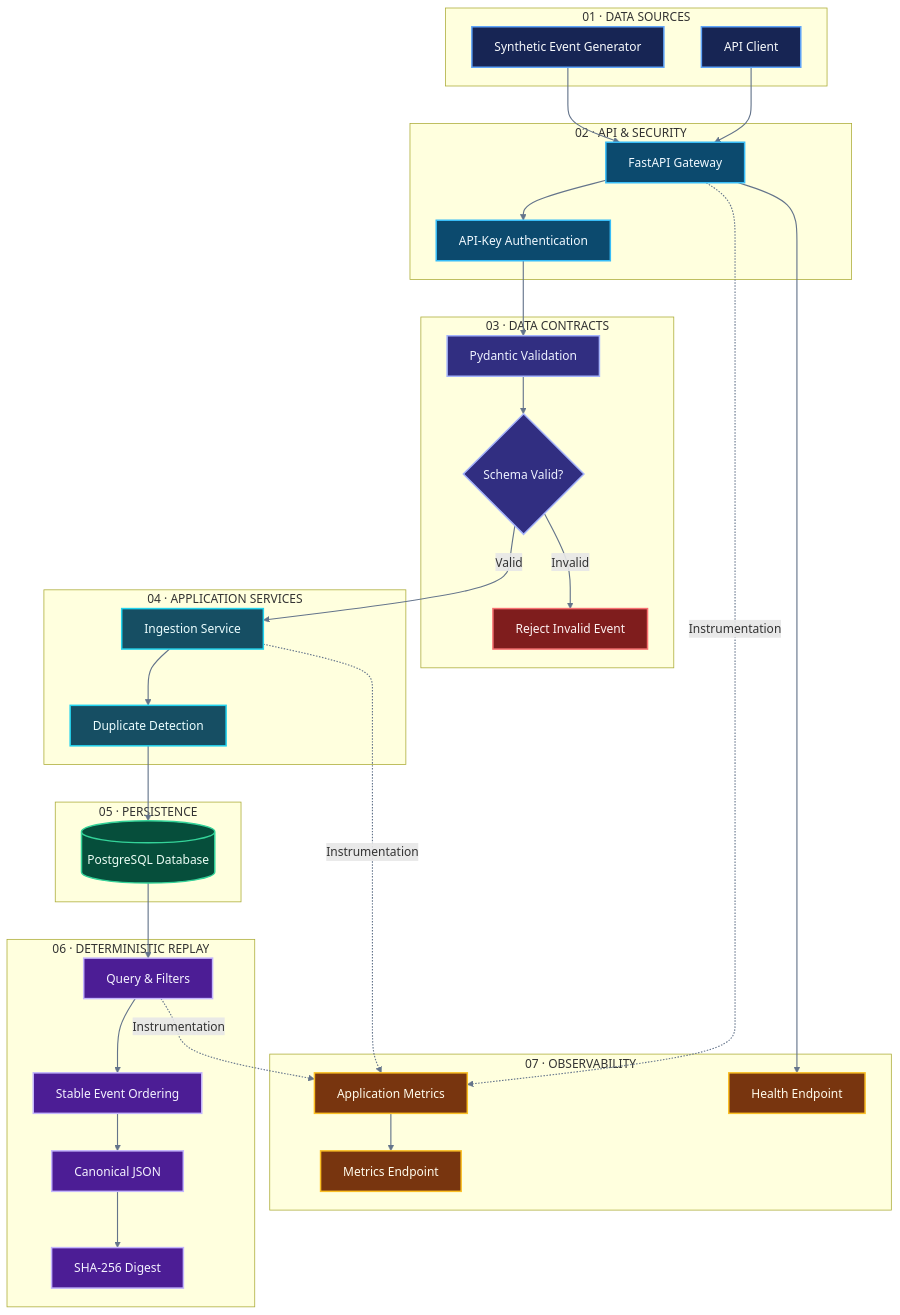
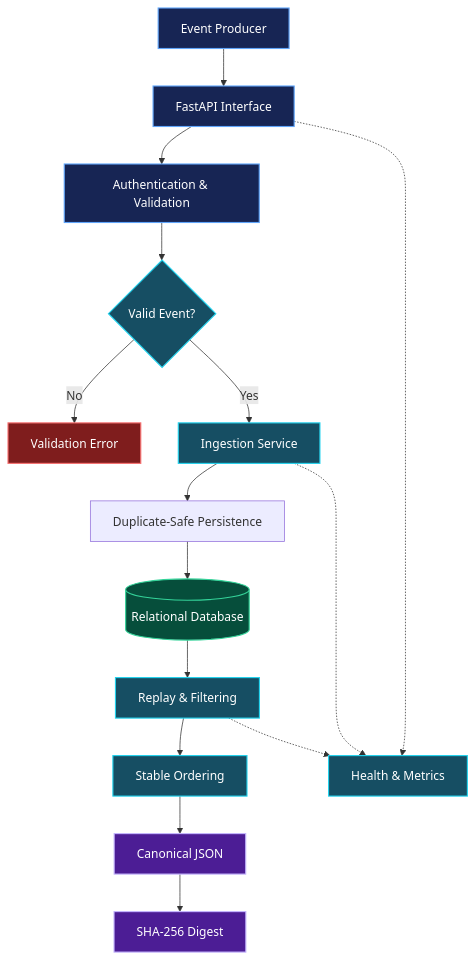
Before and after one commit to akankshad1712/marketflow-data-pipeline: the diagram in README.md, drawn with Mermaid. The commit also changed other lines of this file, not shown here.

````diff
--- a/README.md
+++ b/README.md
@@ -102,85 +43,31 @@
 ```mermaid
 flowchart TB
+    A["Event Producer"] --> B["FastAPI Interface"]
+    B --> C["Authentication & Validation"]
+    C --> D{"Valid Event?"}
+    D -- No --> E["Validation Error"]
+    D -- Yes --> F["Ingestion Service"]
+    F --> G["Duplicate-Safe Persistence"]
+    G --> H[("Relational Database")]
+    H --> I["Replay & Filtering"]
+    I --> J["Stable Ordering"]
+    J --> K["Canonical JSON"]
+    K --> L["SHA-256 Digest"]
 
-    subgraph INPUT["01 · DATA SOURCES"]
-        A["Synthetic Event Generator"]
-        B["API Client"]
-    end
+    B -.-> M["Health & Metrics"]
+    F -.-> M
+    I -.-> M
 
-    subgraph API["02 · API & SECURITY"]
-        C["FastAPI Gateway"]
-        D["API-Key Authentication"]
-    end
+    classDef source fill:#172554,stroke:#60A5FA,color:#fff,stroke-width:1.5px
+    classDef process fill:#164E63,stroke:#22D3EE,color:#fff,stroke-width:1.5px
+    classDef store fill:#064E3B,stroke:#34D399,color:#fff,stroke-width:1.5px
+    classDef result fill:#4C1D95,stroke:#C4B5FD,color:#fff,stroke-width:1.5px
+    classDef error fill:#7F1D1D,stroke:#F87171,color:#fff,stroke-width:1.5px
 
-    subgraph VALIDATION["03 · DATA CONTRACTS"]
-        E["Pydantic Validation"]
-        F{"Schema Valid?"}
-        G["Reject Invalid Event"]
-    end
-
-    subgraph PROCESSING["04 · APPLICATION SERVICES"]
-        H["Ingestion Service"]
-        I["Duplicate Detection"]
-    end
-
-    subgraph STORAGE["05 · PERSISTENCE"]
-        J[("PostgreSQL Database")]
-    end
-
-    subgraph REPLAY["06 · DETERMINISTIC REPLAY"]
-        K["Query & Filters"]
-        L["Stable Event Ordering"]
-        M["Canonical JSON"]
-        N["SHA-256 Digest"]
-    end
-
-    subgraph MONITORING["07 · OBSERVABILITY"]
-        O["Application Metrics"]
-        P["Health Endpoint"]
-        Q["Metrics Endpoint"]
-    end
-
-    A --> C
-    B --> C
-    C --> D
-    D --> E
-    E --> F
-
-    F -- Valid --> H
-    F -- Invalid --> G
-
-    H --> I
-    I --> J
-
-    J --> K
-    K --> L
-    L --> M
-    M --> N
-
-    C -. Instrumentation .-> O
-    H -. Instrumentation .-> O
-    K -. Instrumentation .-> O
-
-    C --> P
-    O --> Q
-
-    classDef input fill:#172554,stroke:#60A5FA,color:#F8FAFC,stroke-width:2px
-    classDef api fill:#0C4A6E,stroke:#38BDF8,color:#F0F9FF,stroke-width:2px
-    classDef validation fill:#312E81,stroke:#A5B4FC,color:#EEF2FF,stroke-width:2px
-    classDef processing fill:#164E63,stroke:#22D3EE,color:#ECFEFF,stroke-width:2px
-    classDef storage fill:#064E3B,stroke:#34D399,color:#ECFDF5,stroke-width:2px
-    classDef replay fill:#4C1D95,stroke:#C4B5FD,color:#F5F3FF,stroke-width:2px
-    classDef monitoring fill:#78350F,stroke:#FBBF24,color:#FFFBEB,stroke-width:2px
-    classDef rejected fill:#7F1D1D,stroke:#F87171,color:#FEF2F2,stroke-width:2px
-
-    class A,B input
-    class C,D api
-    class E,F validation
-    class G rejected
-    class H,I processing
-    class J storage
-    class K,L,M,N replay
-    class O,P,Q monitoring
-
-    linkStyle default stroke:#64748B,stroke-width:1.5px
+    class A,B,C source
+    class D,F,I,J process
+    class H store
+    class K,L result
+    class E error
+    class M process
 ```
````
